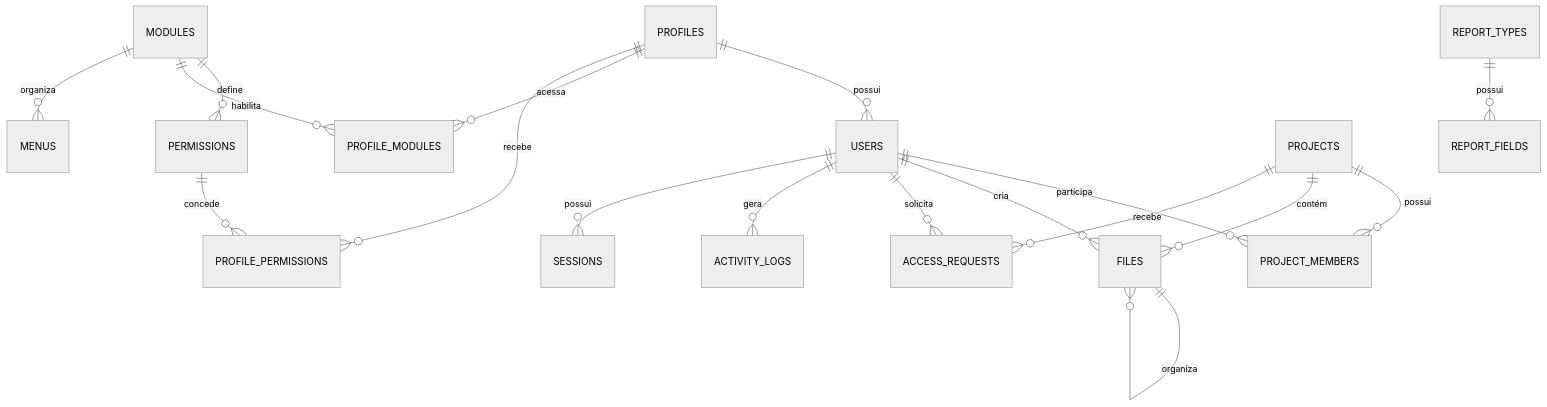
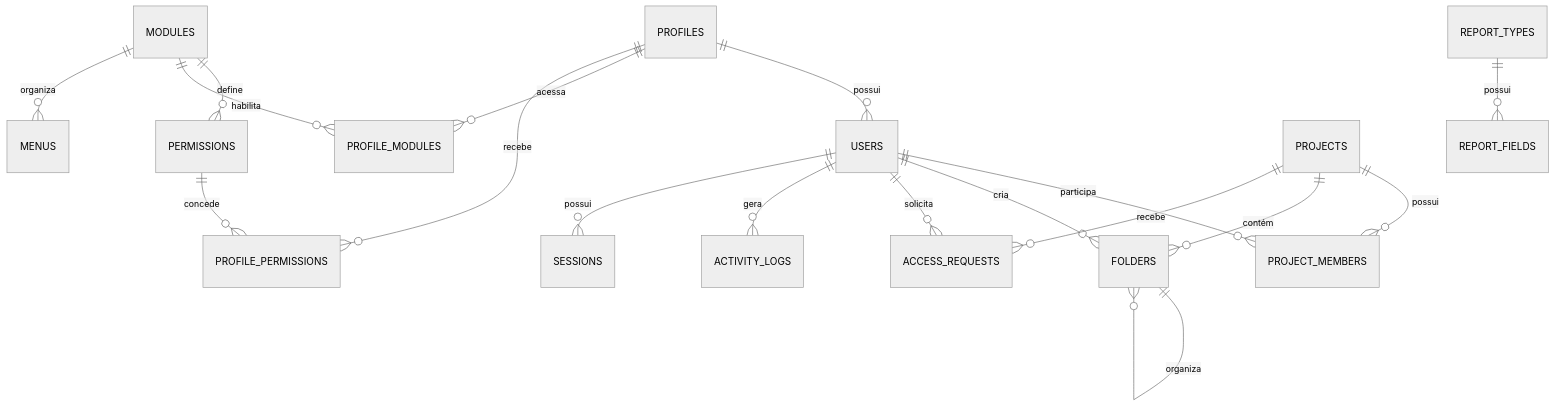
Before and after one commit to tecnologiawebnetsystem/armazenamento_cientifico: the diagram in README.md, drawn with Mermaid (neutral theme). The commit also changed other lines of this file and 17 other files, not shown here.

````diff
--- a/README.md
+++ b/README.md
@@ -328,20 +328,20 @@
 ```mermaid
 erDiagram
   PROFILES ||--o{ USERS : possui
   MODULES ||--o{ PERMISSIONS : define
   PROFILES ||--o{ PROFILE_MODULES : acessa
   MODULES ||--o{ PROFILE_MODULES : habilita
   PROFILES ||--o{ PROFILE_PERMISSIONS : recebe
   PERMISSIONS ||--o{ PROFILE_PERMISSIONS : concede
   REPORT_TYPES ||--o{ REPORT_FIELDS : possui
   MODULES ||--o{ MENUS : organiza
   PROJECTS ||--o{ PROJECT_MEMBERS : possui
   USERS ||--o{ PROJECT_MEMBERS : participa
-  PROJECTS ||--o{ FILES : contém
-  FILES ||--o{ FILES : organiza
-  USERS ||--o{ FILES : cria
+  PROJECTS ||--o{ FOLDERS : contém
+  FOLDERS ||--o{ FOLDERS : organiza
+  USERS ||--o{ FOLDERS : cria
   PROJECTS ||--o{ ACCESS_REQUESTS : recebe
   USERS ||--o{ ACCESS_REQUESTS : solicita
   USERS ||--o{ ACTIVITY_LOGS : gera
   USERS ||--o{ SESSIONS : possui
 ```
````
